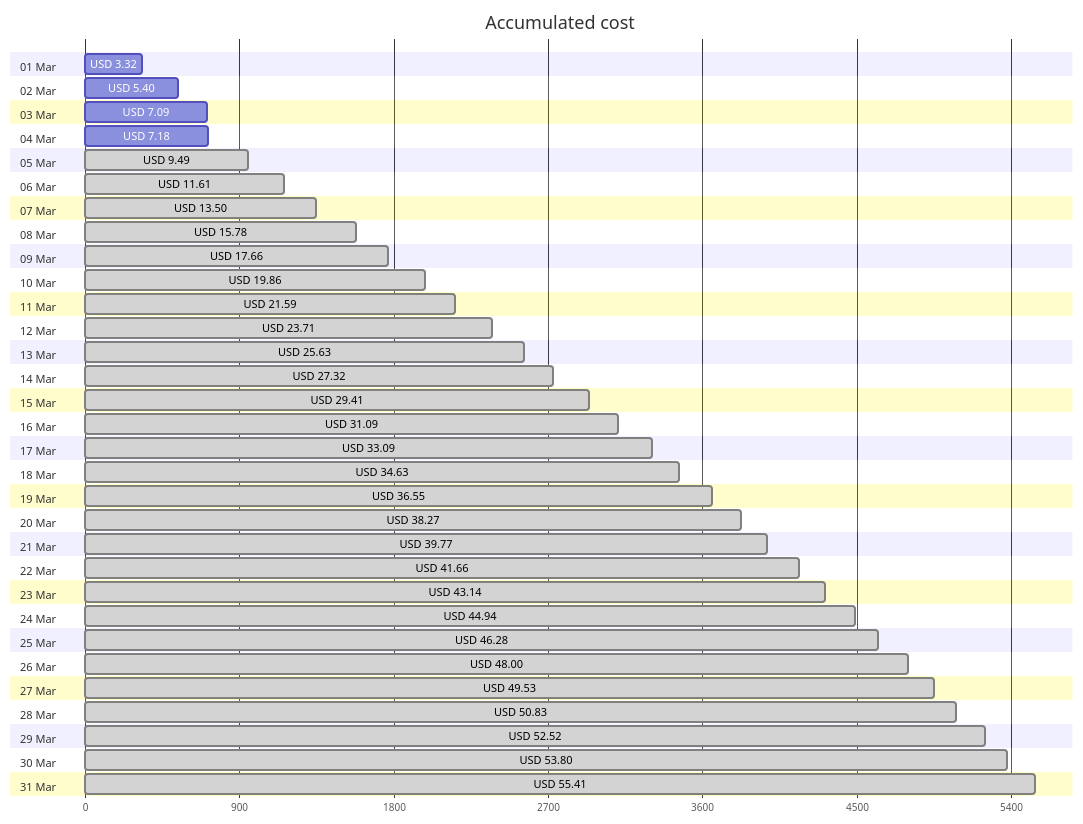
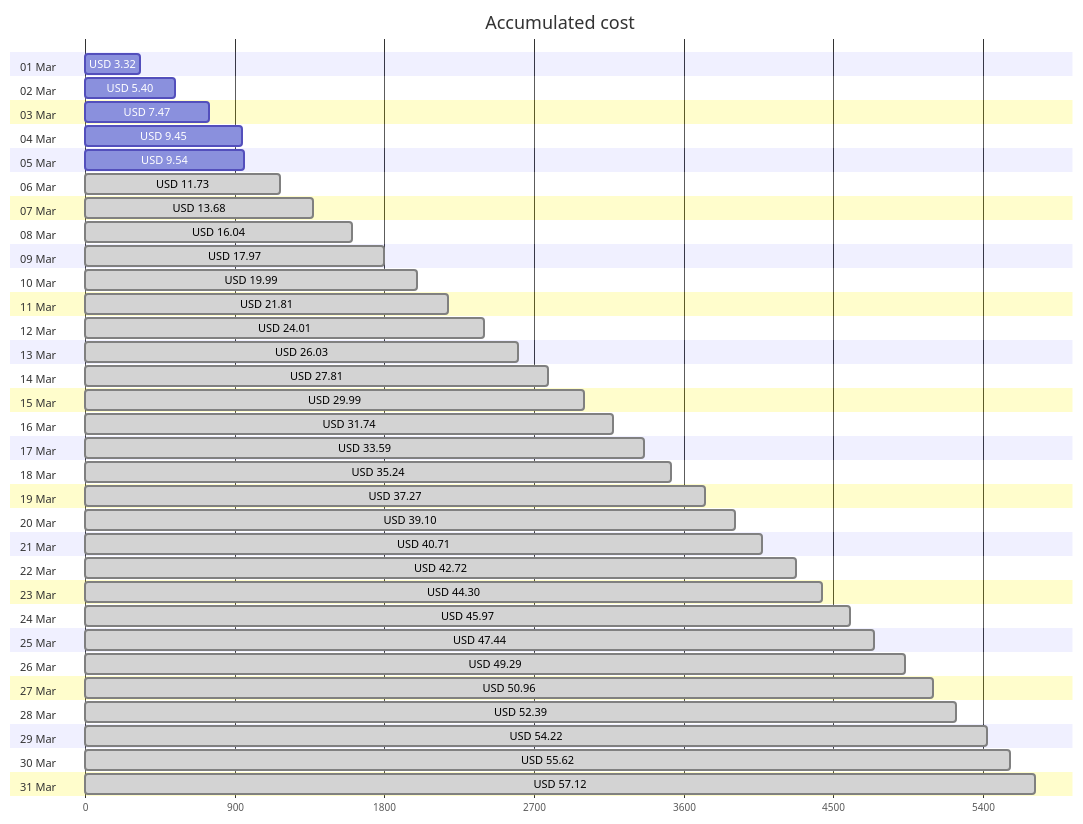
The first of 4 diagrams in cost-reports/accumulated-cost.md (jpfulton/azure-personal-reports), drawn with Mermaid before and after one commit. The commit also changed other lines of this file and 4 other files, not shown here.

````diff
--- a/cost-reports/accumulated-cost.md
+++ b/cost-reports/accumulated-cost.md
@@ -20,68 +20,68 @@
 ```mermaid
 gantt
    title Accumulated cost
    dateFormat  X
    axisFormat %s
    section 01 Mar
    USD 3.32 :0, 332
    section 02 Mar
    USD 5.40 :0, 540
    section 03 Mar
-   USD 7.09 :0, 709
+   USD 7.47 :0, 747
    section 04 Mar
-   USD 7.18 :0, 718
+   USD 9.45 :0, 945
    section 05 Mar
-   USD 9.49 : done, 0, 949
+   USD 9.54 :0, 954
    section 06 Mar
-   USD 11.61 : done, 0, 1161
+   USD 11.73 : done, 0, 1173
    section 07 Mar
-   USD 13.50 : done, 0, 1350
+   USD 13.68 : done, 0, 1368
    section 08 Mar
-   USD 15.78 : done, 0, 1578
+   USD 16.04 : done, 0, 1604
    section 09 Mar
-   USD 17.66 : done, 0, 1766
+   USD 17.97 : done, 0, 1797
    section 10 Mar
-   USD 19.86 : done, 0, 1986
+   USD 19.99 : done, 0, 1999
    section 11 Mar
-   USD 21.59 : done, 0, 2159
+   USD 21.81 : done, 0, 2181
    section 12 Mar
-   USD 23.71 : done, 0, 2371
+   USD 24.01 : done, 0, 2401
    section 13 Mar
-   USD 25.63 : done, 0, 2563
+   USD 26.03 : done, 0, 2603
    section 14 Mar
-   USD 27.32 : done, 0, 2732
+   USD 27.81 : done, 0, 2781
    section 15 Mar
-   USD 29.41 : done, 0, 2941
+   USD 29.99 : done, 0, 2999
    section 16 Mar
-   USD 31.09 : done, 0, 3109
+   USD 31.74 : done, 0, 3174
    section 17 Mar
-   USD 33.09 : done, 0, 3309
+   USD 33.59 : done, 0, 3359
    section 18 Mar
-   USD 34.63 : done, 0, 3463
+   USD 35.24 : done, 0, 3524
    section 19 Mar
-   USD 36.55 : done, 0, 3655
+   USD 37.27 : done, 0, 3727
    section 20 Mar
-   USD 38.27 : done, 0, 3827
+   USD 39.10 : done, 0, 3910
    section 21 Mar
-   USD 39.77 : done, 0, 3977
+   USD 40.71 : done, 0, 4071
    section 22 Mar
-   USD 41.66 : done, 0, 4166
+   USD 42.72 : done, 0, 4272
    section 23 Mar
-   USD 43.14 : done, 0, 4314
+   USD 44.30 : done, 0, 4430
    section 24 Mar
-   USD 44.94 : done, 0, 4494
+   USD 45.97 : done, 0, 4597
    section 25 Mar
-   USD 46.28 : done, 0, 4628
+   USD 47.44 : done, 0, 4744
    section 26 Mar
-   USD 48.00 : done, 0, 4800
+   USD 49.29 : done, 0, 4929
    section 27 Mar
-   USD 49.53 : done, 0, 4953
+   USD 50.96 : done, 0, 5096
    section 28 Mar
-   USD 50.83 : done, 0, 5083
+   USD 52.39 : done, 0, 5239
    section 29 Mar
-   USD 52.52 : done, 0, 5252
+   USD 54.22 : done, 0, 5422
    section 30 Mar
-   USD 53.80 : done, 0, 5380
+   USD 55.62 : done, 0, 5562
    section 31 Mar
-   USD 55.41 : done, 0, 5541
+   USD 57.12 : done, 0, 5712
 ```
````
